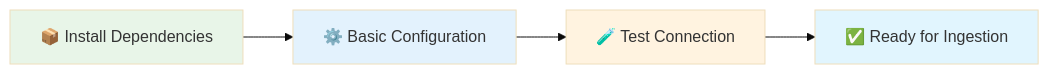
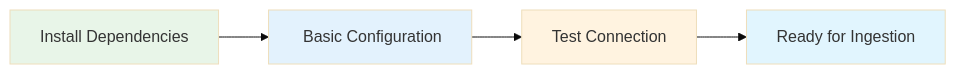
Before and after one commit to Monsau/S3connectorplaybook: the third of 12 diagrams in README.md, drawn with Mermaid (base theme). The commit also changed other lines of this file and 4 other files, not shown here.

````diff
--- a/README.md
+++ b/README.md
@@ -389,11 +389,11 @@
 ```mermaid
 graph LR
-    Install[📦 Install Dependencies] --> Config[⚙️ Basic Configuration]
-    Config --> Test[🧪 Test Connection]
-    Test --> Ready[✅ Ready for Ingestion]
+    Install[ Install Dependencies] --> Config[️ Basic Configuration]
+    Config --> Test[ Test Connection]
+    Test --> Ready[ Ready for Ingestion]
     
     style Install fill:#e8f5e8
     style Config fill:#e3f2fd
     style Test fill:#fff3e0
     style Ready fill:#e1f5fe
 ```
````
